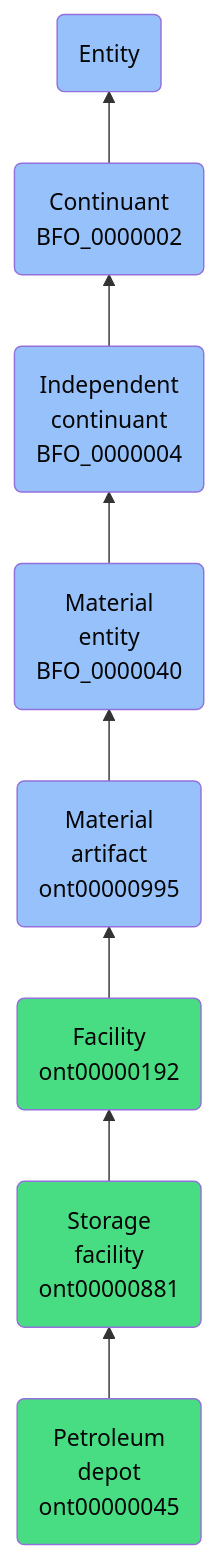
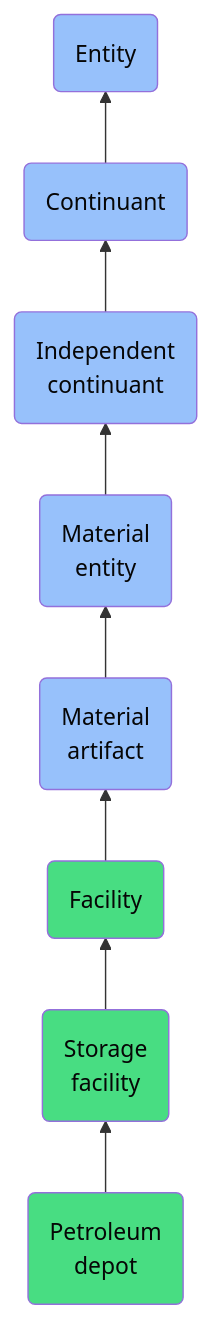
Before and after one commit to jupyter-naas/abi: the diagram in docs/ontology/reference/model/Entity/Continuant/Independent continuant/Material entity/Material artifact/Facility/Storage facility/Petroleum depot/Petroleum depot.md, drawn with Mermaid. The commit also changed other lines of this file and 1430 other files, not shown here.

````diff
--- a/docs/ontology/reference/model/Entity/Continuant/Independent continuant/Material entity/Material artifact/Facility/Storage facility/Petroleum depot/Petroleum depot.md
+++ b/docs/ontology/reference/model/Entity/Continuant/Independent continuant/Material entity/Material artifact/Facility/Storage facility/Petroleum depot/Petroleum depot.md
@@ -24,15 +24,15 @@
 ```mermaid
 graph BT
-    ont00000045(Petroleum<br>depot<br>ont00000045):::ABI-->ont00000881
-    ont00000881(Storage<br>facility<br>ont00000881):::ABI-->ont00000192
-    ont00000192(Facility<br>ont00000192):::ABI-->ont00000995
-    ont00000995(Material<br>artifact<br>ont00000995):::BFO-->BFO_0000040
-    BFO_0000040(Material<br>entity<br>BFO_0000040):::BFO-->BFO_0000004
-    BFO_0000004(Independent<br>continuant<br>BFO_0000004):::BFO-->BFO_0000002
-    BFO_0000002(Continuant<br>BFO_0000002):::BFO-->BFO_0000001
+    ont00000045(Petroleum<br>depot):::ABI-->ont00000881
+    ont00000881(Storage<br>facility):::ABI-->ont00000192
+    ont00000192(Facility):::ABI-->ont00000995
+    ont00000995(Material<br>artifact):::BFO-->BFO_0000040
+    BFO_0000040(Material<br>entity):::BFO-->BFO_0000004
+    BFO_0000004(Independent<br>continuant):::BFO-->BFO_0000002
+    BFO_0000002(Continuant):::BFO-->BFO_0000001
     BFO_0000001(Entity):::BFO
     
     classDef BFO fill:#97c1fb,color:#060606
     classDef CCO fill:#e4c51e,color:#060606
     classDef ABI fill:#48DD82,color:#060606
 ```
````
